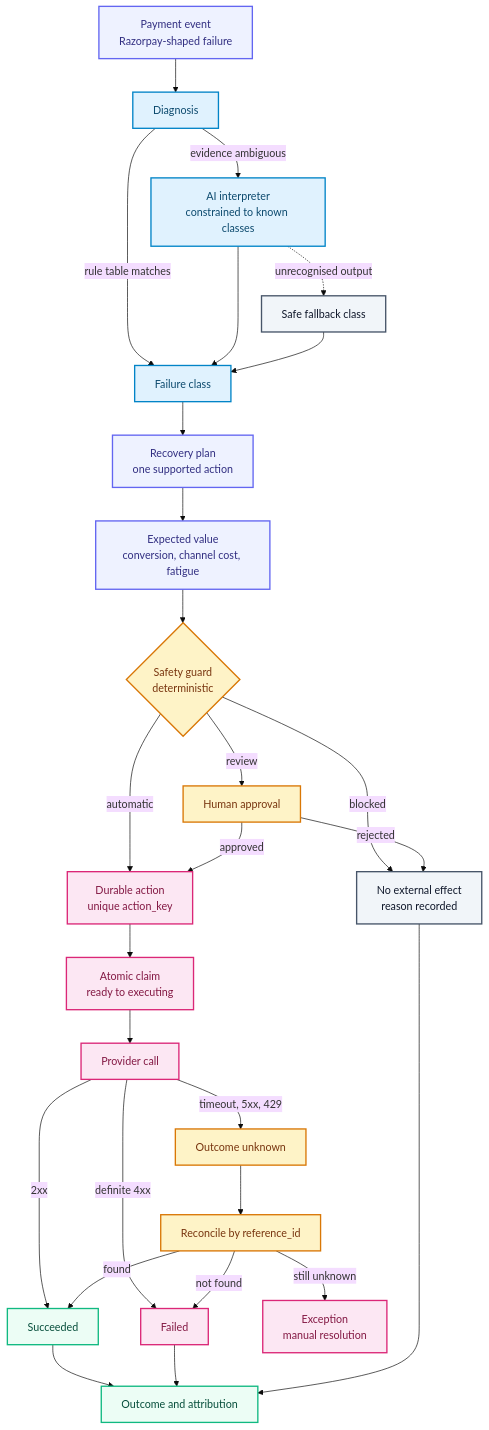
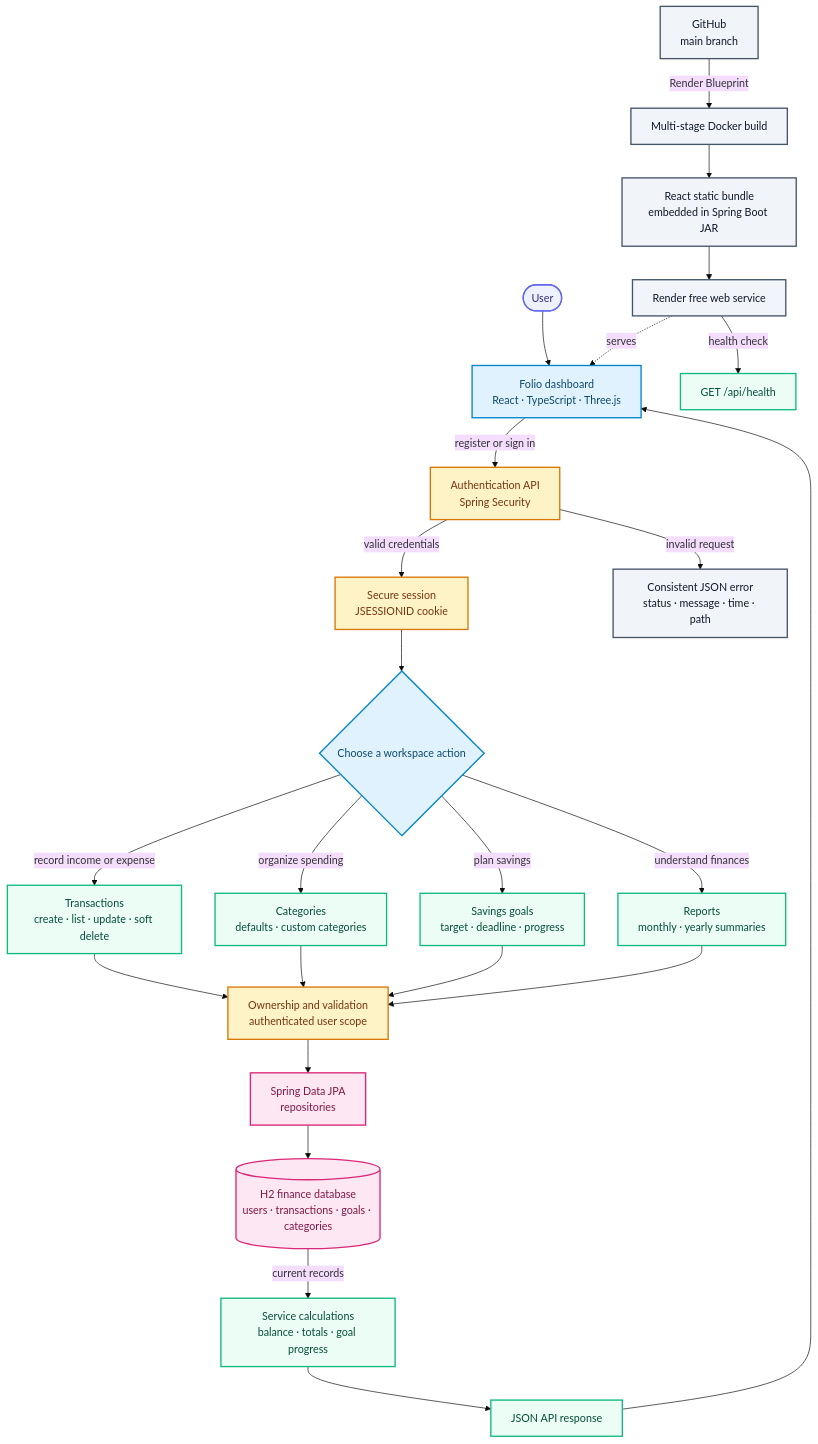
Before and after one commit to Shubhamsah27/personal-finance-manager-assignment: the diagram in README.md, drawn with Mermaid (base theme). The commit also changed other lines of this file, not shown here.

Commit message:
docs: correct Mermaid diagram for Folio architecture

````diff
--- a/README.md
+++ b/README.md
@@ -38,40 +38,39 @@
 ```mermaid
 flowchart TD
-    classDef event fill:#EEF2FF,stroke:#6366F1,color:#312E81,stroke-width:2px
-    classDef diagnosis fill:#E0F2FE,stroke:#0284C7,color:#0C4A6E,stroke-width:2px
-    classDef decision fill:#FEF3C7,stroke:#D97706,color:#78350F,stroke-width:2px
-    classDef action fill:#FCE7F3,stroke:#DB2777,color:#831843,stroke-width:2px
-    classDef success fill:#ECFDF5,stroke:#10B981,color:#064E3B,stroke-width:2px
-    classDef neutral fill:#F1F5F9,stroke:#475569,color:#0F172A,stroke-width:2px
+    classDef user fill:#EEF2FF,stroke:#6366F1,color:#312E81,stroke-width:2px
+    classDef frontend fill:#E0F2FE,stroke:#0284C7,color:#0C4A6E,stroke-width:2px
+    classDef security fill:#FEF3C7,stroke:#D97706,color:#78350F,stroke-width:2px
+    classDef domain fill:#ECFDF5,stroke:#10B981,color:#064E3B,stroke-width:2px
+    classDef data fill:#FCE7F3,stroke:#DB2777,color:#831843,stroke-width:2px
+    classDef delivery fill:#F1F5F9,stroke:#475569,color:#0F172A,stroke-width:2px
 
-    A["Payment event<br/>Razorpay-shaped failure"]:::event --> B[Diagnosis]:::diagnosis
-    B -->|rule table matches| C[Failure class]:::diagnosis
-    B -->|evidence ambiguous| AI["AI interpreter<br/>constrained to known classes"]:::diagnosis
-    AI --> C
-    AI -.->|unrecognised output| F[Safe fallback class]:::neutral
-    F --> C
+    A([User]):::user --> B["Folio dashboard<br/>React · TypeScript · Three.js"]:::frontend
+    B -->|register or sign in| C["Authentication API<br/>Spring Security"]:::security
+    C -->|valid credentials| D["Secure session<br/>JSESSIONID cookie"]:::security
+    C -->|invalid request| X["Consistent JSON error<br/>status · message · time · path"]:::delivery
 
-    C --> D["Recovery plan<br/>one supported action"]:::event
-    D --> E["Expected value<br/>conversion, channel cost, fatigue"]:::event
-    E --> G{"Safety guard<br/>deterministic"}:::decision
+    D --> E{"Choose a workspace action"}:::frontend
 
-    G -->|blocked| X["No external effect<br/>reason recorded"]:::neutral
-    G -->|review| H[Human approval]:::decision
-    G -->|automatic| I
-    H -->|approved| I["Durable action<br/>unique action_key"]:::action
-    H -->|rejected| X
+    E -->|record income or expense| F["Transactions<br/>create · list · update · soft delete"]:::domain
+    E -->|organize spending| G["Categories<br/>defaults · custom categories"]:::domain
+    E -->|plan savings| H["Savings goals<br/>target · deadline · progress"]:::domain
+    E -->|understand finances| I["Reports<br/>monthly · yearly summaries"]:::domain
 
-    I --> J["Atomic claim<br/>ready to executing"]:::action
-    J --> K[Provider call]:::action
-    K -->|2xx| L[Succeeded]:::success
-    K -->|definite 4xx| M[Failed]:::action
-    K -->|timeout, 5xx, 429| N[Outcome unknown]:::decision
-    N --> O["Reconcile by reference_id"]:::decision
-    O -->|found| L
-    O -->|not found| M
-    O -->|still unknown| P["Exception<br/>manual resolution"]:::action
+    F --> J["Ownership and validation<br/>authenticated user scope"]:::security
+    G --> J
+    H --> J
+    I --> J
 
-    L --> Q[Outcome and attribution]:::success
-    M --> Q
-    X --> Q
+    J --> K["Spring Data JPA<br/>repositories"]:::data
+    K --> L[("H2 finance database<br/>users · transactions · goals · categories")]:::data
+
+    L -->|current records| M["Service calculations<br/>balance · totals · goal progress"]:::domain
+    M --> N["JSON API response"]:::domain
+    N --> B
+
+    O["GitHub<br/>main branch"]:::delivery -->|Render Blueprint| P["Multi-stage Docker build"]:::delivery
+    P --> Q["React static bundle<br/>embedded in Spring Boot JAR"]:::delivery
+    Q --> R["Render free web service"]:::delivery
+    R -.->|serves| B
+    R -->|health check| S["GET /api/health"]:::domain
 ```
````
